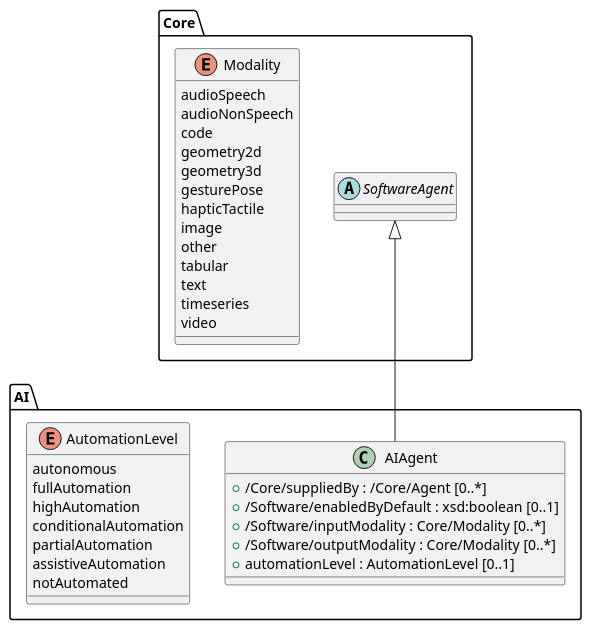
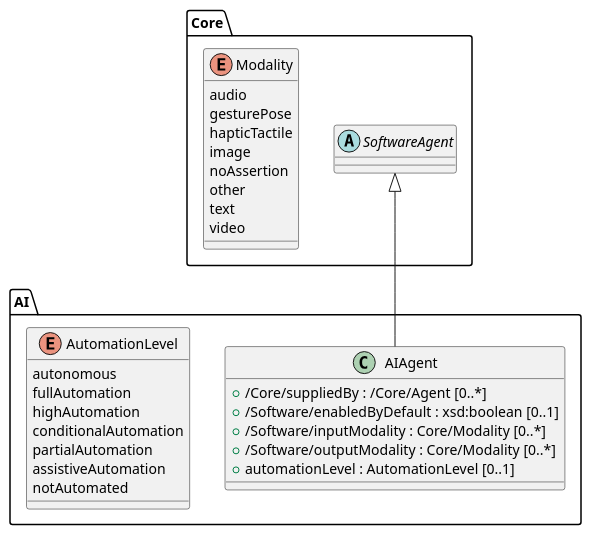
The diagram in docs/diagrams/ai-aigent.plantuml (bact/spdx-3-model), drawn with PlantUML before and after one commit. The commit also changed other lines of this file and 2 other files, not shown here.

```diff
--- a/docs/diagrams/ai-aigent.plantuml
+++ b/docs/diagrams/ai-aigent.plantuml
@@ -6,42 +6,37 @@
 @startuml ai-aiagent
 
 set separator /
 
 abstract "Core/SoftwareAgent" {
 }
 
 class "AI/AIAgent" extends "Core/SoftwareAgent" {
     + /Core/suppliedBy : /Core/Agent [0..*]
     + /Software/enabledByDefault : xsd:boolean [0..1]
     + /Software/inputModality : Core/Modality [0..*]
     + /Software/outputModality : Core/Modality [0..*]
     + automationLevel : AutomationLevel [0..1]
 }
 
 enum "AI/AutomationLevel" {
     autonomous
     fullAutomation
     highAutomation
     conditionalAutomation
     partialAutomation
     assistiveAutomation
     notAutomated
 }
 
 enum "Core/Modality" {
-    audioSpeech
-    audioNonSpeech
-    code
-    geometry2d
-    geometry3d
+    audio
     gesturePose
     hapticTactile
     image
+    noAssertion
     other
-    tabular
     text
-    timeseries
     video
 }
 
 @enduml
```
